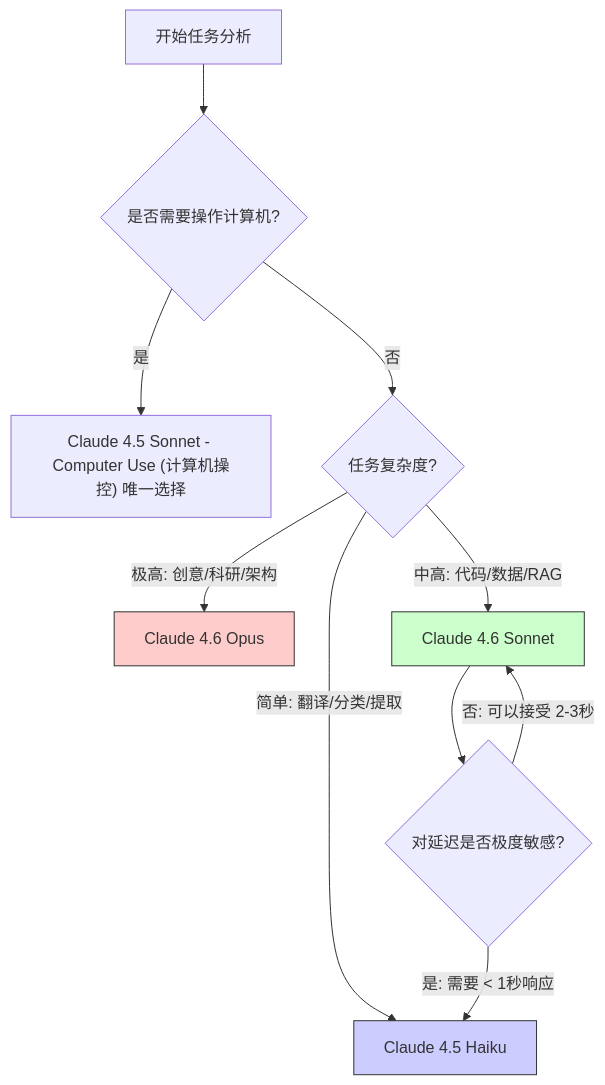
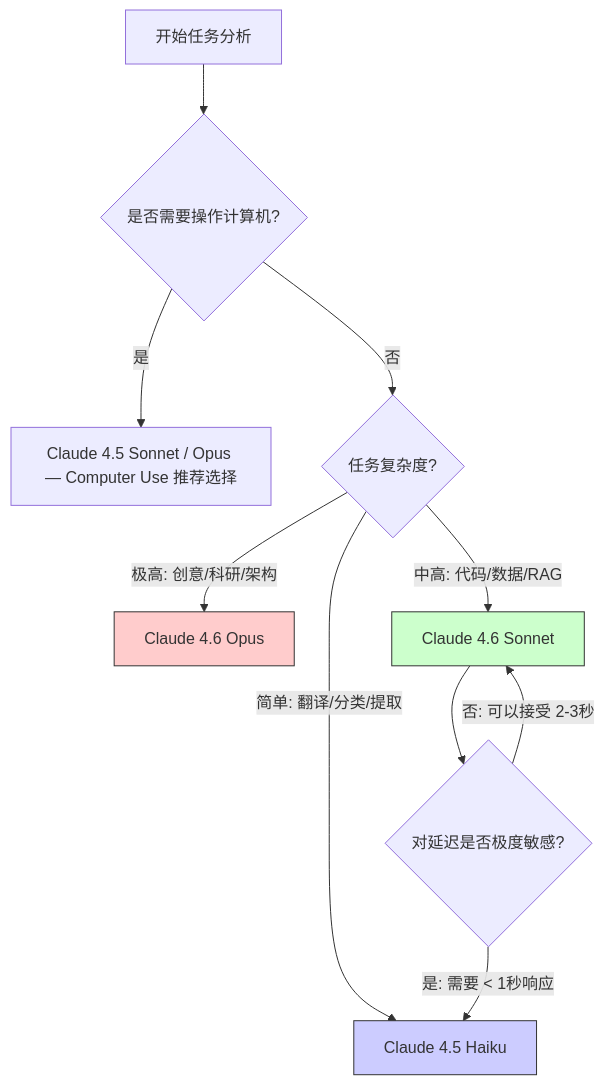
The first of 2 diagrams in 01_intro/1.4_model_selection.md (yeasy/claude_guide), drawn with Mermaid before and after one commit. The commit also changed 2 other files, not shown here.

Commit message:
Fix model version numbers, release date, quotes and comparison table

````diff
--- a/01_intro/1.4_model_selection.md
+++ b/01_intro/1.4_model_selection.md
@@ -17,18 +17,18 @@
 ```mermaid
 graph TD
     Start["开始任务分析"] --> Q1{"是否需要操作计算机?"}
-    Q1 -- "是" --> OpCS["Claude 4.5 Sonnet - Computer Use (计算机操控) 唯一选择"]
+    Q1 -- "是" --> OpCS["Claude 4.5 Sonnet / Opus — Computer Use 推荐选择"]
     Q1 -- "否" --> Q2{"任务复杂度?"}
     
     Q2 -- "极高: 创意/科研/架构" --> Opus["Claude 4.6 Opus"]
     Q2 -- "中高: 代码/数据/RAG" --> Sonnet["Claude 4.6 Sonnet"]
     Q2 -- "简单: 翻译/分类/提取" --> Haiku["Claude 4.5 Haiku"]
     
     Sonnet --> Q3{"对延迟是否极度敏感?"}
     Q3 -- "是: 需要 < 1秒响应" --> Haiku
     Q3 -- "否: 可以接受 2-3秒" --> Sonnet
     
     style Opus fill:#ffcccc,stroke:#333
     style Sonnet fill:#ccffcc,stroke:#333
     style Haiku fill:#ccccff,stroke:#333
 ```
````
